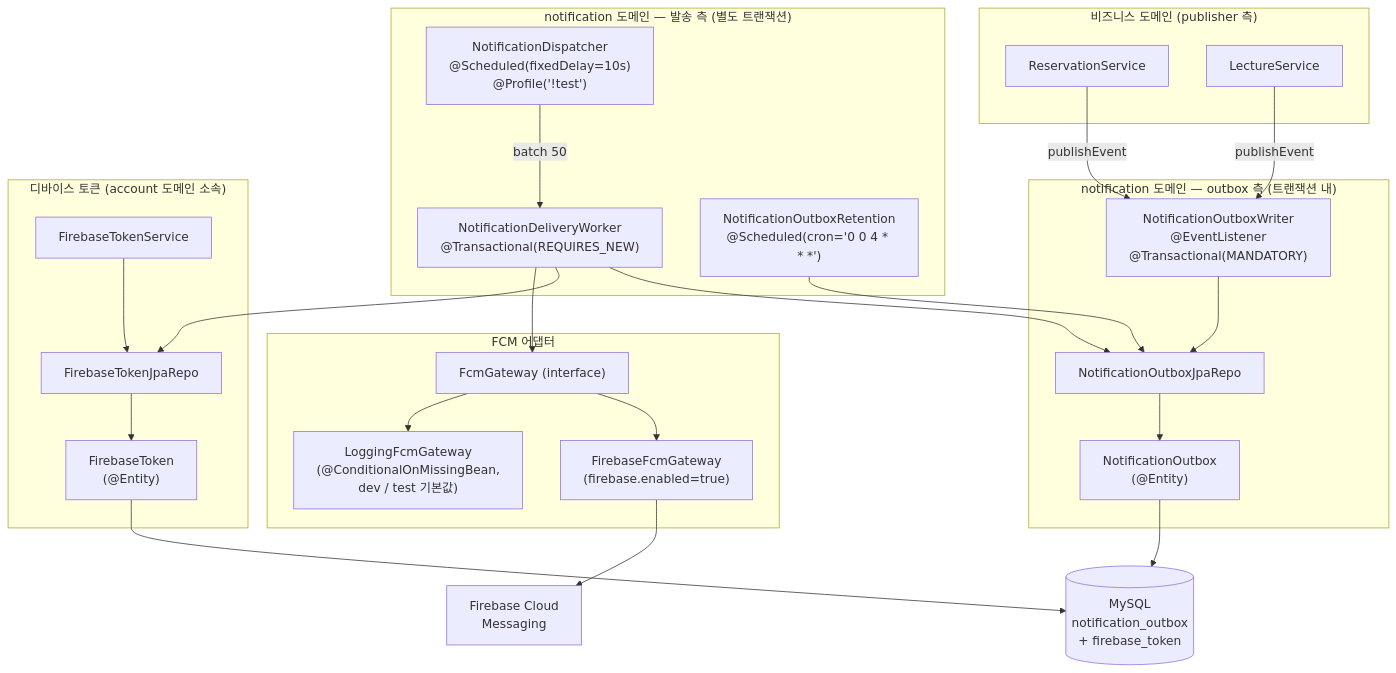
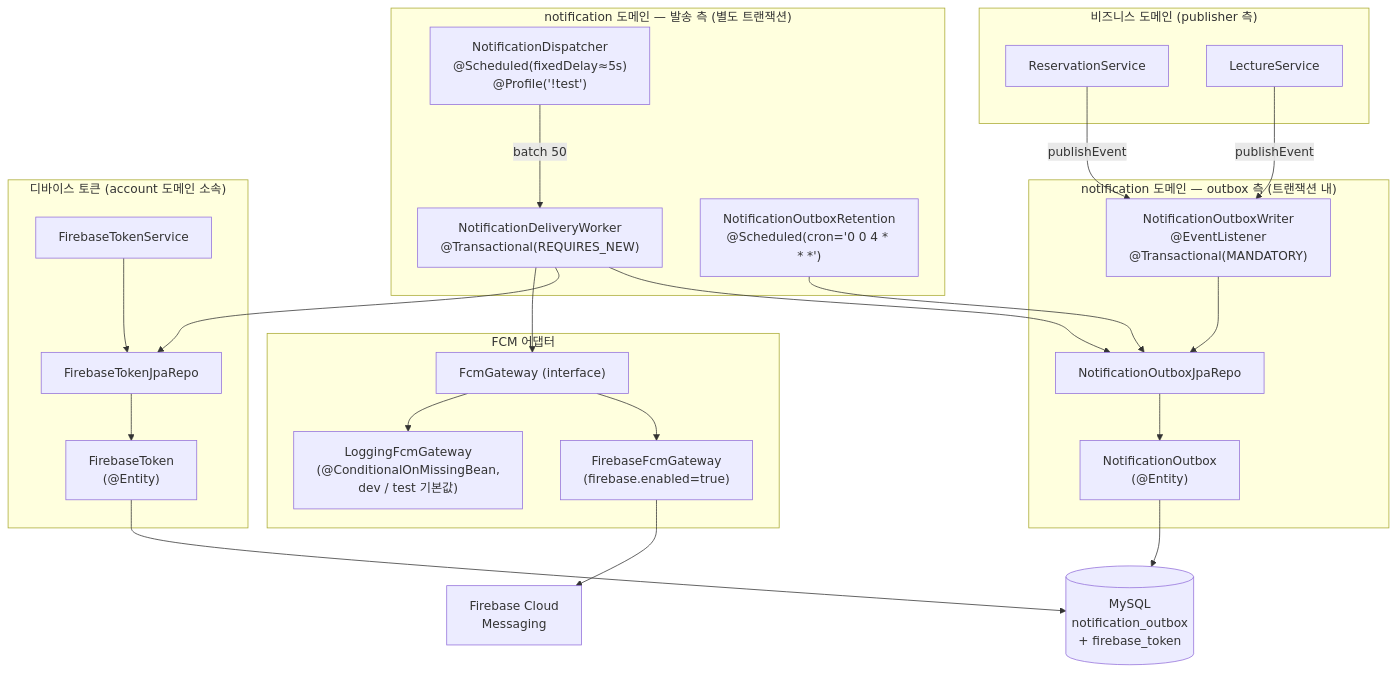
One commit to pungdong/Pungdong-Backend changed the first of 6 diagrams in docs/architecture/notification.md. Above: the diagram before and after it, drawn with Mermaid. The commit also changed other lines of this file and 2 other files, not shown here.

````diff
--- a/docs/architecture/notification.md
+++ b/docs/architecture/notification.md
@@ -15,54 +15,54 @@
 ```mermaid
 flowchart TB
     subgraph Biz["비즈니스 도메인 (publisher 측)"]
         ReservSvc["ReservationService"]
         LectSvc["LectureService"]
     end
 
     subgraph Outbox["notification 도메인 — outbox 측 (트랜잭션 내)"]
         Writer["NotificationOutboxWriter<br/>@EventListener<br/>@Transactional(MANDATORY)"]
         OutboxEntity["NotificationOutbox<br/>(@Entity)"]
         OutboxRepo["NotificationOutboxJpaRepo"]
     end
 
     subgraph Worker["notification 도메인 — 발송 측 (별도 트랜잭션)"]
-        Dispatcher["NotificationDispatcher<br/>@Scheduled(fixedDelay=10s)<br/>@Profile('!test')"]
+        Dispatcher["NotificationDispatcher<br/>@Scheduled(fixedDelay≈5s)<br/>@Profile('!test')"]
         DeliveryWorker["NotificationDeliveryWorker<br/>@Transactional(REQUIRES_NEW)"]
         Retention["NotificationOutboxRetention<br/>@Scheduled(cron='0 0 4 * * *')"]
     end
 
     subgraph Token["디바이스 토큰 (account 도메인 소속)"]
         TokenSvc["FirebaseTokenService"]
         TokenEntity["FirebaseToken<br/>(@Entity)"]
         TokenRepo["FirebaseTokenJpaRepo"]
     end
 
     subgraph Fcm["FCM 어댑터"]
         Gateway["FcmGateway (interface)"]
         Real["FirebaseFcmGateway<br/>(firebase.enabled=true)"]
         Stub["LoggingFcmGateway<br/>(@ConditionalOnMissingBean,<br/>dev / test 기본값)"]
     end
 
     DB[("MySQL<br/>notification_outbox<br/>+ firebase_token")]
     FCMext["Firebase Cloud<br/>Messaging"]
 
     ReservSvc -->|publishEvent| Writer
     LectSvc -->|publishEvent| Writer
     Writer --> OutboxRepo
     OutboxRepo --> OutboxEntity
     OutboxEntity --> DB
 
     Dispatcher -->|batch 50| DeliveryWorker
     DeliveryWorker --> OutboxRepo
     DeliveryWorker --> TokenRepo
     DeliveryWorker --> Gateway
     Retention --> OutboxRepo
 
     Gateway --> Real
     Gateway --> Stub
     Real --> FCMext
 
     TokenSvc --> TokenRepo
     TokenRepo --> TokenEntity
     TokenEntity --> DB
 ```
````
